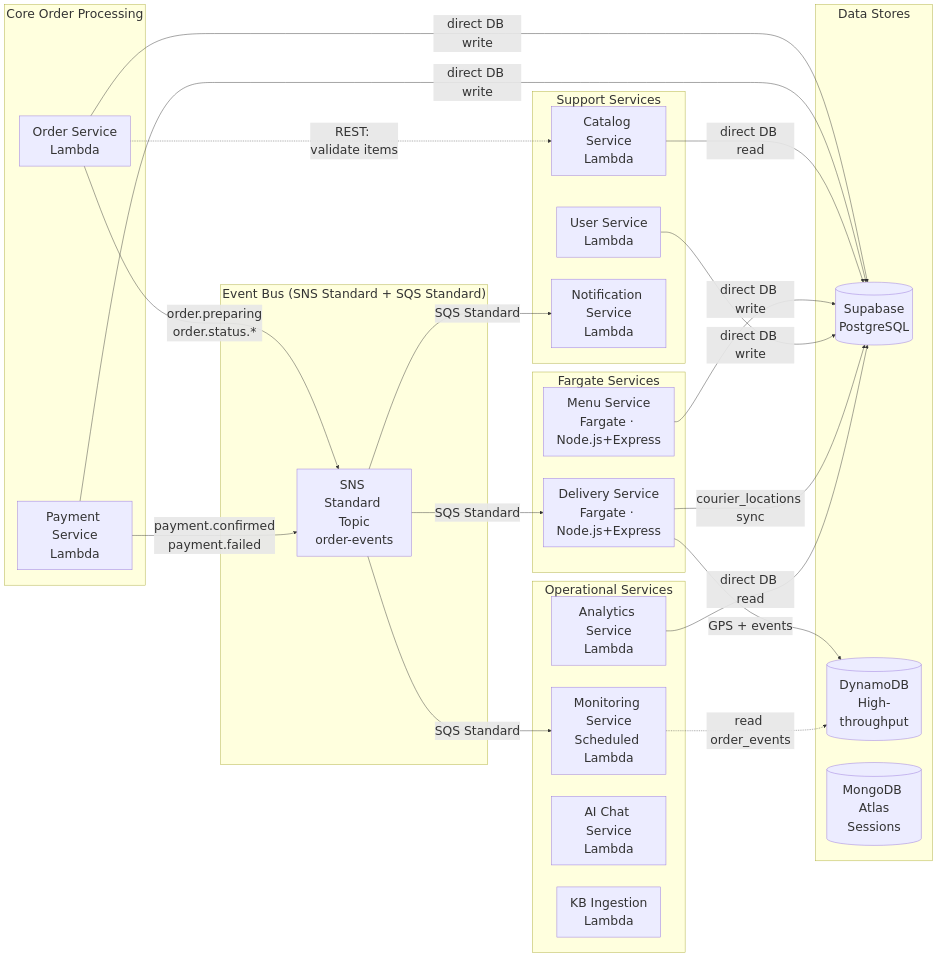
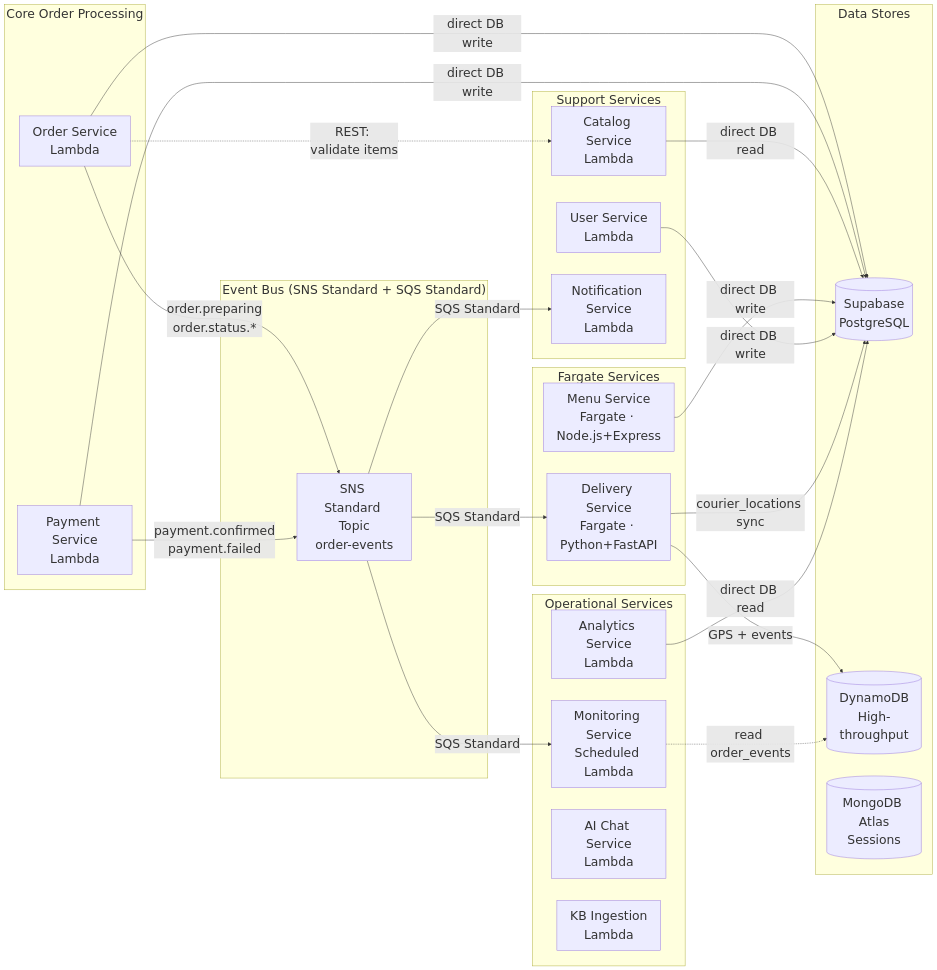
Before and after one commit to food-delivery-platform/docs: the third of 10 diagrams in ARCHITECTURE.md, drawn with Mermaid. The commit also changed other lines of this file and 1 other file, not shown here.

Commit message:
update architecture and delivery service contracts

````diff
--- a/ARCHITECTURE.md
+++ b/ARCHITECTURE.md
@@ -230,59 +230,59 @@
 ```mermaid
 ---
 config:
   theme: default
   themeVariables:
     fontSize: "28px"
 ---
 graph LR
     subgraph Core["Core Order Processing"]
         OS[Order Service\nLambda]
         PS[Payment Service\nLambda]
     end
 
     subgraph FargateGroup["Fargate Services"]
-        DS[Delivery Service\nFargate · Node.js+Express]
+        DS[Delivery Service\nFargate · Python+FastAPI]
         MES[Menu Service\nFargate · Node.js+Express]
     end
 
     subgraph Support["Support Services"]
         US[User Service\nLambda]
         CS[Catalog Service\nLambda]
         NS[Notification Service\nLambda]
     end
 
     subgraph Ops["Operational Services"]
         MS[Monitoring Service\nScheduled Lambda]
         AS[Analytics Service\nLambda]
         AIS[AI Chat Service\nLambda]
         KBS[KB Ingestion\nLambda]
     end
 
     subgraph EventBus["Event Bus (SNS Standard + SQS Standard)"]
         SNF["SNS Standard Topic\norder-events"]
     end
 
     subgraph Data["Data Stores"]
         SB[(Supabase\nPostgreSQL)]
         DY[(DynamoDB\nHigh-throughput)]
         MDB[(MongoDB Atlas\nSessions)]
     end
 
     OS -->|order.preparing\norder.status.*| SNF
     PS -->|payment.confirmed\npayment.failed| SNF
     SNF -->|SQS Standard| DS
     SNF -->|SQS Standard| NS
     SNF -->|SQS Standard| MS
     
     OS -->|direct DB write| SB
     OS -.->|REST: validate items| CS
     PS -->|direct DB write| SB
     CS -->|direct DB read| SB
     MES -->|direct DB write| SB
     US -->|direct DB write| SB
     DS -->|GPS + events| DY
     DS -->|courier_locations sync| SB
     
     MS -.->|read order_events| DY
     AS -->|direct DB read| SB
 ```
````
